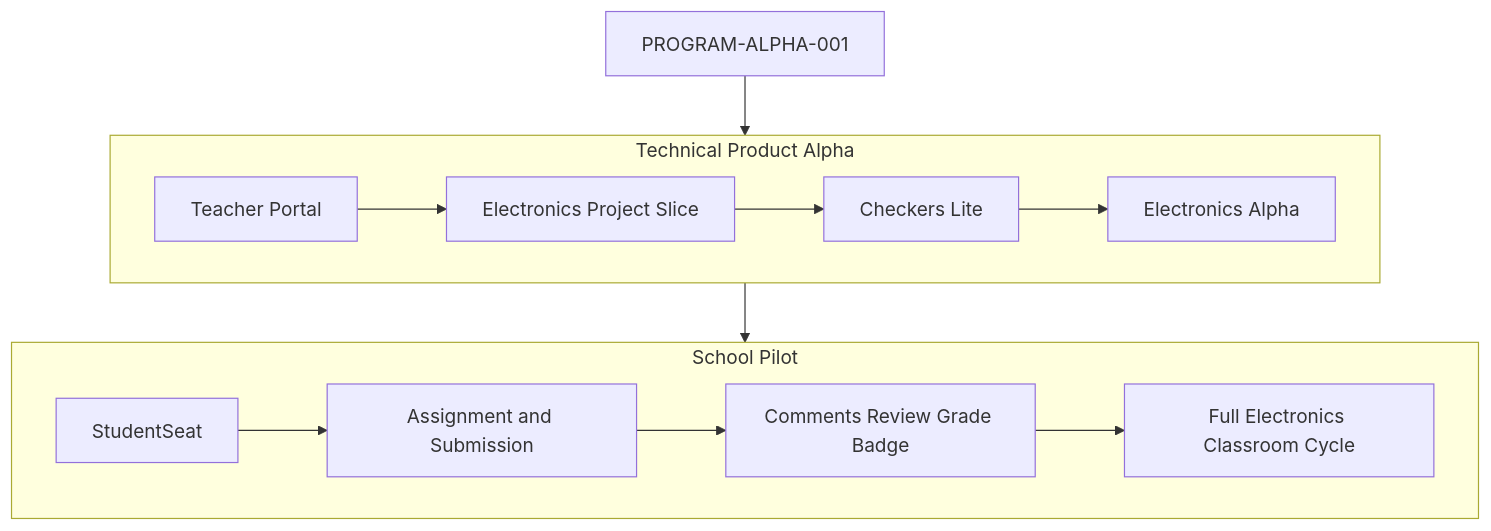
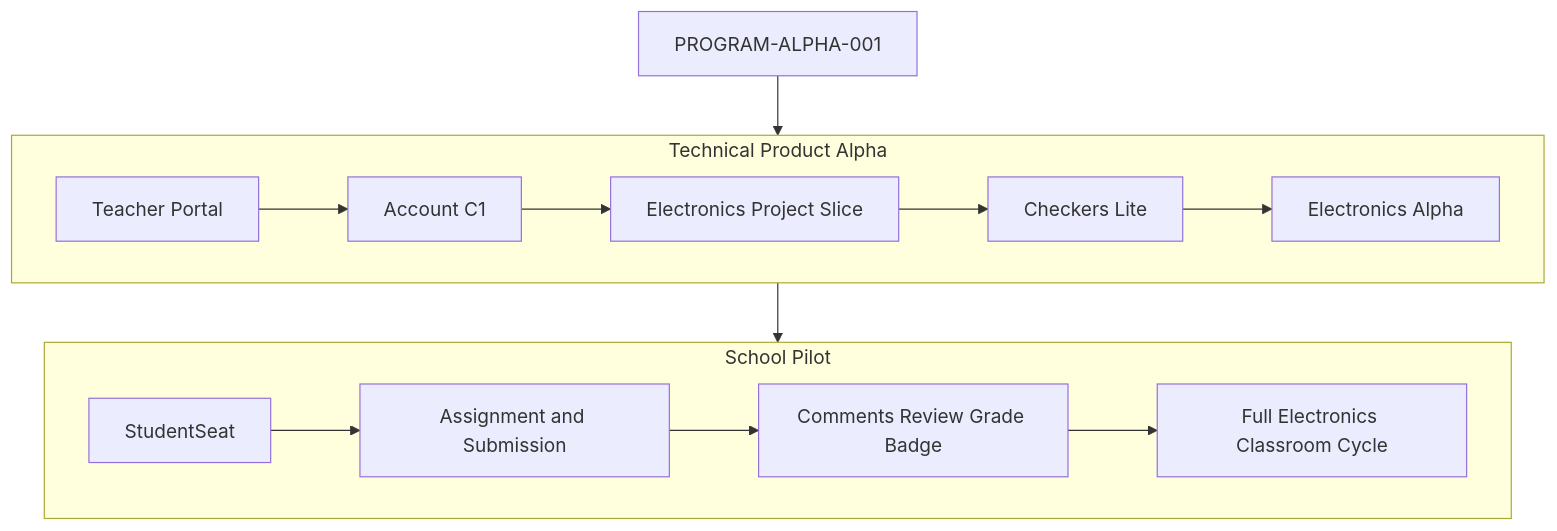
Before and after one commit to spikeal8-maker/asa-lab: the second of 6 diagrams in docs/project-map/PROJECT_MAP.md, drawn with Mermaid. The commit also changed other lines of this file and 8 other files, not shown here.

Commit message:
chore(governance): activate Account C1 after accepted alpha baseline

````diff
--- a/docs/project-map/PROJECT_MAP.md
+++ b/docs/project-map/PROJECT_MAP.md
@@ -40,23 +41,24 @@
 ```mermaid
 flowchart TB
     PROGRAM[PROGRAM-ALPHA-001]
 
     subgraph TECH[Technical Product Alpha]
         P1[Teacher Portal]
-        P2[Electronics Project Slice]
-        P3[Checkers Lite]
-        P4[Electronics Alpha]
-        P1 --> P2 --> P3 --> P4
+        P2[Account C1]
+        P3[Electronics Project Slice]
+        P4[Checkers Lite]
+        P5[Electronics Alpha]
+        P1 --> P2 --> P3 --> P4 --> P5
     end
 
     subgraph PILOT[School Pilot]
         S1[StudentSeat]
         S2[Assignment and Submission]
         S3[Comments Review Grade Badge]
         S4[Full Electronics Classroom Cycle]
         S1 --> S2 --> S3 --> S4
     end
 
     PROGRAM --> TECH
     TECH --> PILOT
 ```
````
